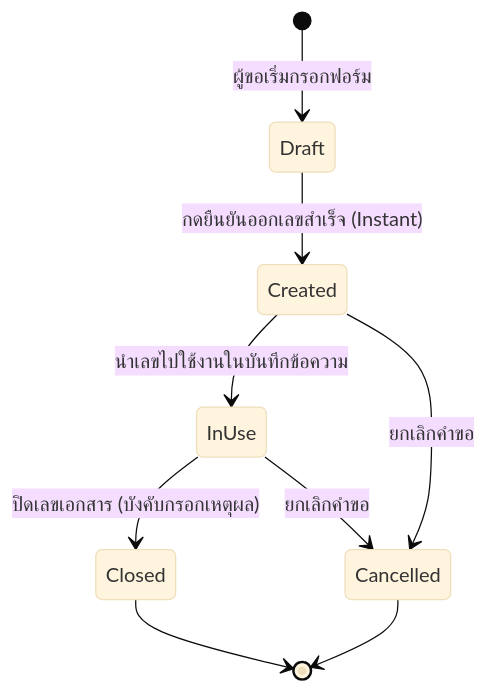
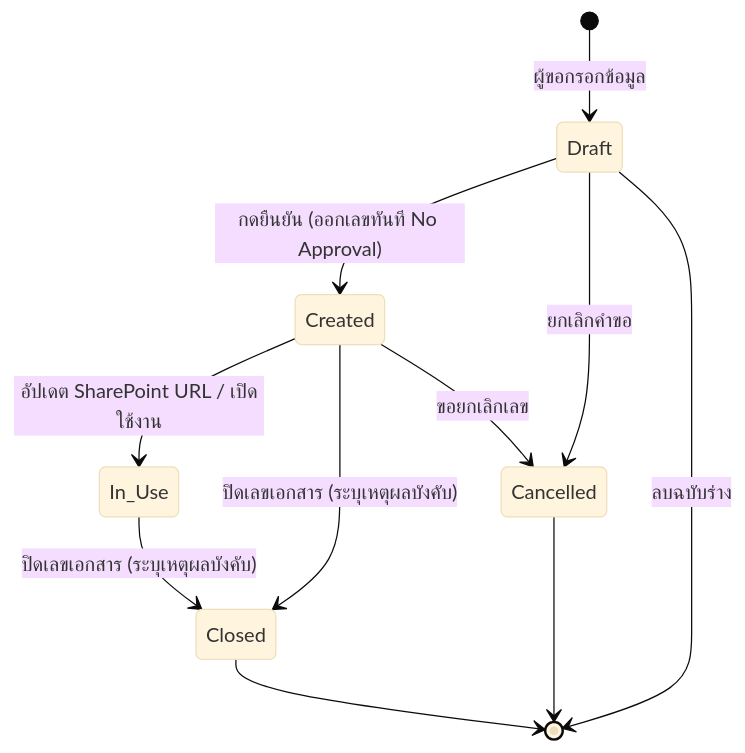
The seventh of 14 diagrams in P2026-DVS_Correspondence_System_Consolidated_SRS_Analysis.md (Nineteens19/DVS_Correspondence_system), drawn with Mermaid (base theme) before and after one commit. The commit also changed other lines of this file and 12 other files, not shown here.

Commit message:
docs: restructure consolidated SRS to strict Deves BA standard, add system columns and sequence differences

````diff
--- a/P2026-DVS_Correspondence_System_Consolidated_SRS_Analysis.md
+++ b/P2026-DVS_Correspondence_System_Consolidated_SRS_Analysis.md
@@ -581,11 +492,13 @@
 ```mermaid
 stateDiagram-v2
-    [*] --> Draft : ผู้ขอเริ่มกรอกฟอร์ม
-    Draft --> Created : กดยืนยันออกเลขสำเร็จ (Instant)
-    Created --> InUse : นำเลขไปใช้งานในบันทึกข้อความ
-    InUse --> Closed : ปิดเลขเอกสาร (บังคับกรอกเหตุผล)
-    Created --> Cancelled : ยกเลิกคำขอ
-    InUse --> Cancelled : ยกเลิกคำขอ
+    [*] --> Draft: ผู้ขอกรอกข้อมูล
+    Draft --> Created: กดยืนยัน (ออกเลขทันที No Approval)
+    Draft --> Cancelled: ยกเลิกคำขอ
+    Draft --> [*]: ลบฉบับร่าง
+    Created --> In_Use: อัปเดต SharePoint URL / เปิดใช้งาน
+    Created --> Closed: ปิดเลขเอกสาร (ระบุเหตุผลบังคับ)
+    Created --> Cancelled: ขอยกเลิกเลข
+    In_Use --> Closed: ปิดเลขเอกสาร (ระบุเหตุผลบังคับ)
     Closed --> [*]
     Cancelled --> [*]
 ```
````
